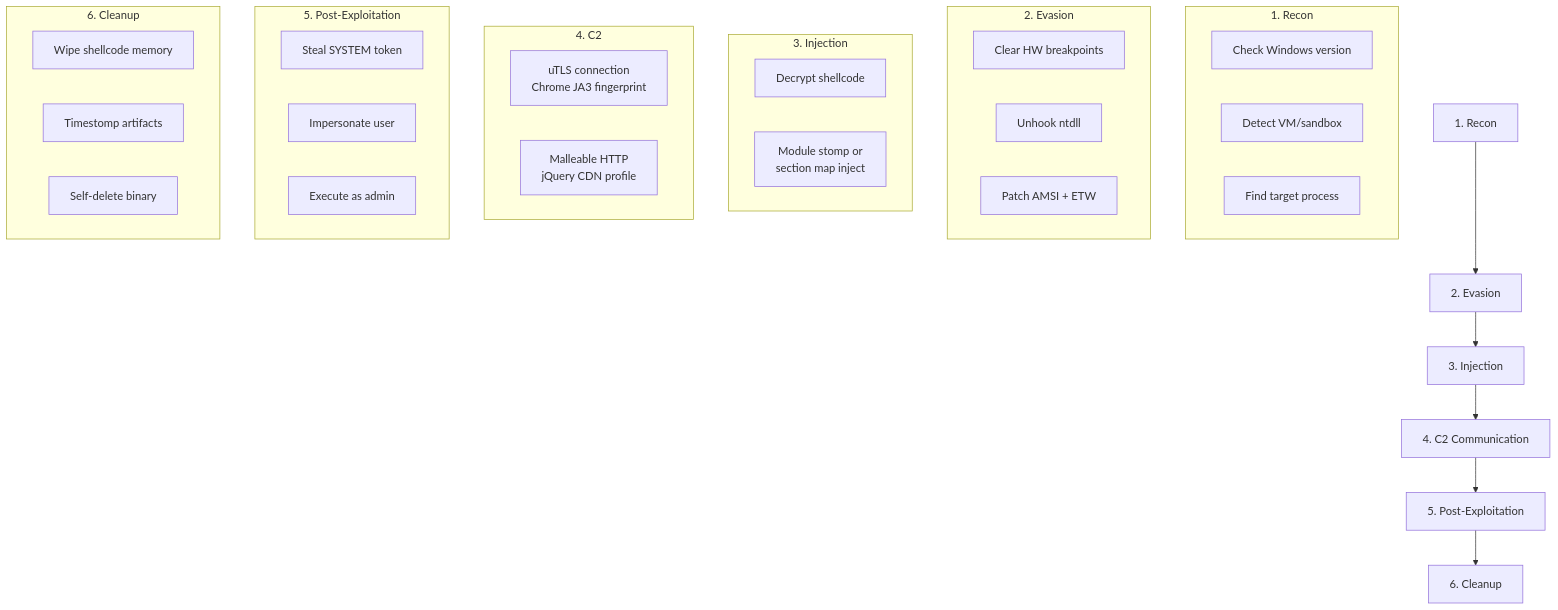
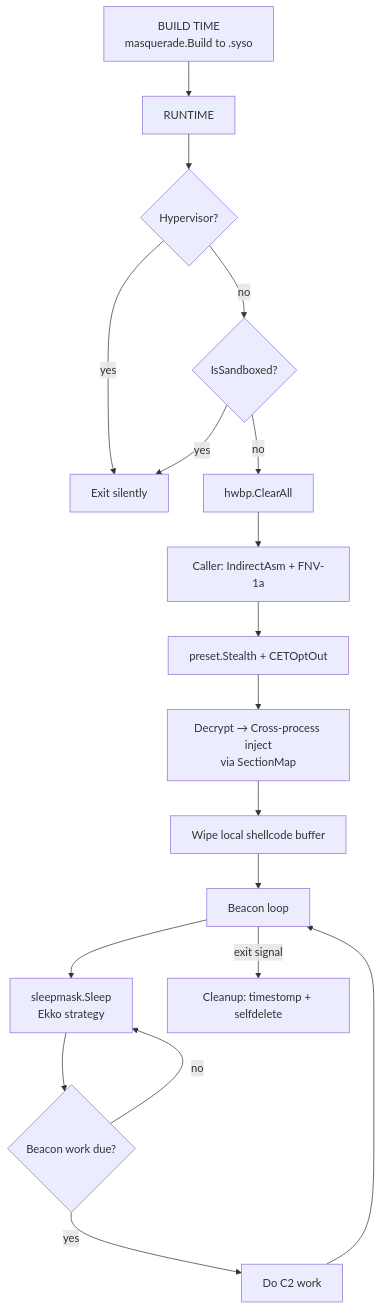
The first of 2 diagrams in docs/examples/full-chain.md (oioio-space/maldev), drawn with Mermaid before and after one commit. The commit also changed other lines of this file and 1 other file, not shown here.

````diff
--- a/docs/examples/full-chain.md
+++ b/docs/examples/full-chain.md
@@ -12,42 +46,20 @@
 ```mermaid
 flowchart TD
-    A[1. Recon] --> B[2. Evasion]
-    B --> C[3. Injection]
-    C --> D[4. C2 Communication]
-    D --> E[5. Post-Exploitation]
-    E --> F[6. Cleanup]
-
-    subgraph "1. Recon"
-        A1[Check Windows version]
-        A2[Detect VM/sandbox]
-        A3[Find target process]
-    end
-
-    subgraph "2. Evasion"
-        B1[Clear HW breakpoints]
-        B2[Unhook ntdll]
-        B3[Patch AMSI + ETW]
-    end
-
-    subgraph "3. Injection"
-        C1[Decrypt shellcode]
-        C2[Module stomp or<br>section map inject]
-    end
-
-    subgraph "4. C2"
-        D1[uTLS connection<br>Chrome JA3 fingerprint]
-        D2[Malleable HTTP<br>jQuery CDN profile]
-    end
-
-    subgraph "5. Post-Exploitation"
-        E1[Steal SYSTEM token]
-        E2[Impersonate user]
-        E3[Execute as admin]
-    end
-
-    subgraph "6. Cleanup"
-        F1[Wipe shellcode memory]
-        F2[Timestomp artifacts]
-        F3[Self-delete binary]
-    end
+    BT[BUILD TIME<br>masquerade.Build to .syso] --> RT[RUNTIME]
+    RT --> A{Hypervisor?}
+    A -->|yes| Z[Exit silently]
+    A -->|no| B{IsSandboxed?}
+    B -->|yes| Z
+    B -->|no| C[hwbp.ClearAll]
+    C --> D[Caller: IndirectAsm + FNV-1a]
+    D --> E[preset.Stealth + CETOptOut]
+    E --> F[Decrypt → Cross-process inject<br>via SectionMap]
+    F --> G[Wipe local shellcode buffer]
+    G --> H[Beacon loop]
+    H --> I[sleepmask.Sleep<br>Ekko strategy]
+    I --> J{Beacon work due?}
+    J -->|yes| K[Do C2 work]
+    J -->|no| I
+    K --> H
+    H -->|exit signal| L[Cleanup: timestomp + selfdelete]
 ```
````
